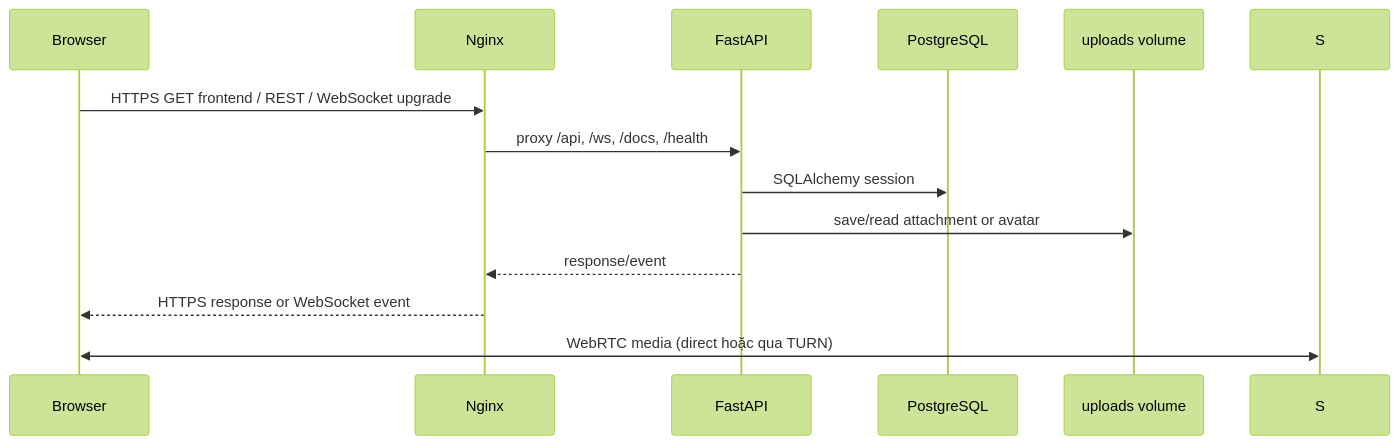
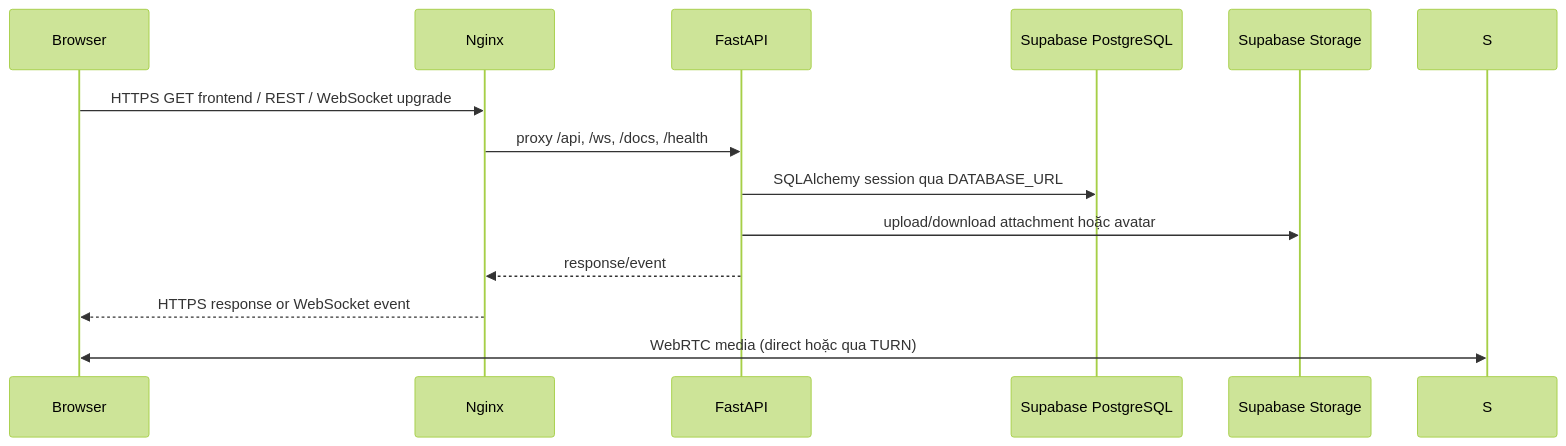
The first of 2 diagrams in docs/01-system-overview.md (Dungx1107/team-chat), drawn with Mermaid (forest theme) before and after one commit. The commit also changed other lines of this file and 14 other files, not shown here.

````diff
--- a/docs/01-system-overview.md
+++ b/docs/01-system-overview.md
@@ -18,15 +18,15 @@
 ```mermaid
 sequenceDiagram
     participant U as Browser
     participant N as Nginx
     participant A as FastAPI
-    participant D as PostgreSQL
-    participant F as uploads volume
+    participant D as Supabase PostgreSQL
+    participant F as Supabase Storage
     U->>N: HTTPS GET frontend / REST / WebSocket upgrade
     N->>A: proxy /api, /ws, /docs, /health
-    A->>D: SQLAlchemy session
-    A->>F: save/read attachment or avatar
+    A->>D: SQLAlchemy session qua DATABASE_URL
+    A->>F: upload/download attachment hoặc avatar
     A-->>N: response/event
     N-->>U: HTTPS response or WebSocket event
     U<<->>S: WebRTC media (direct hoặc qua TURN)
 ```
````
